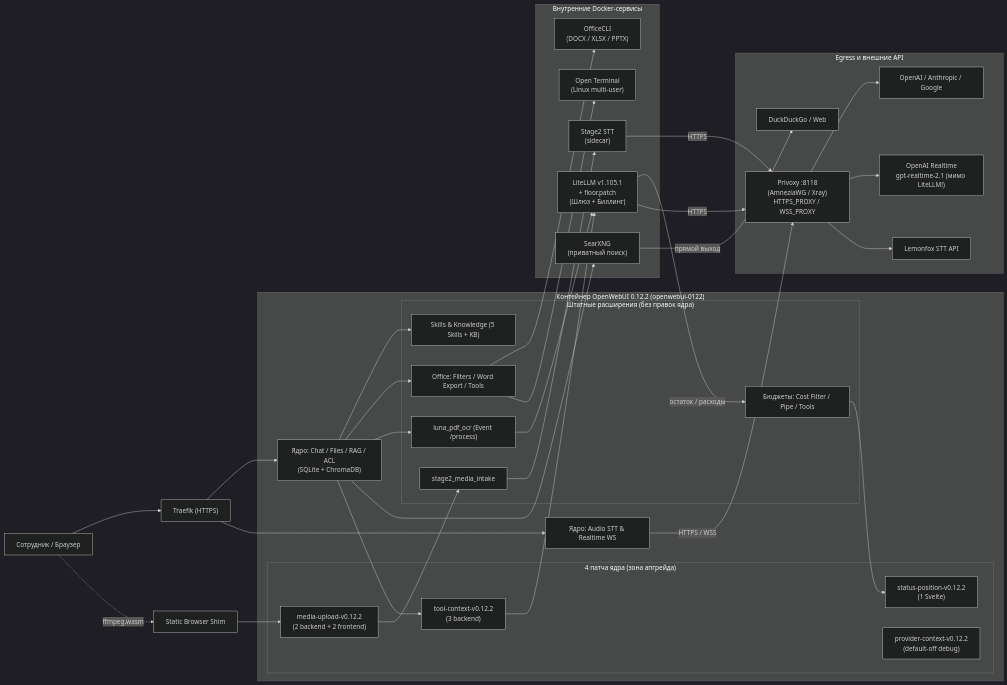
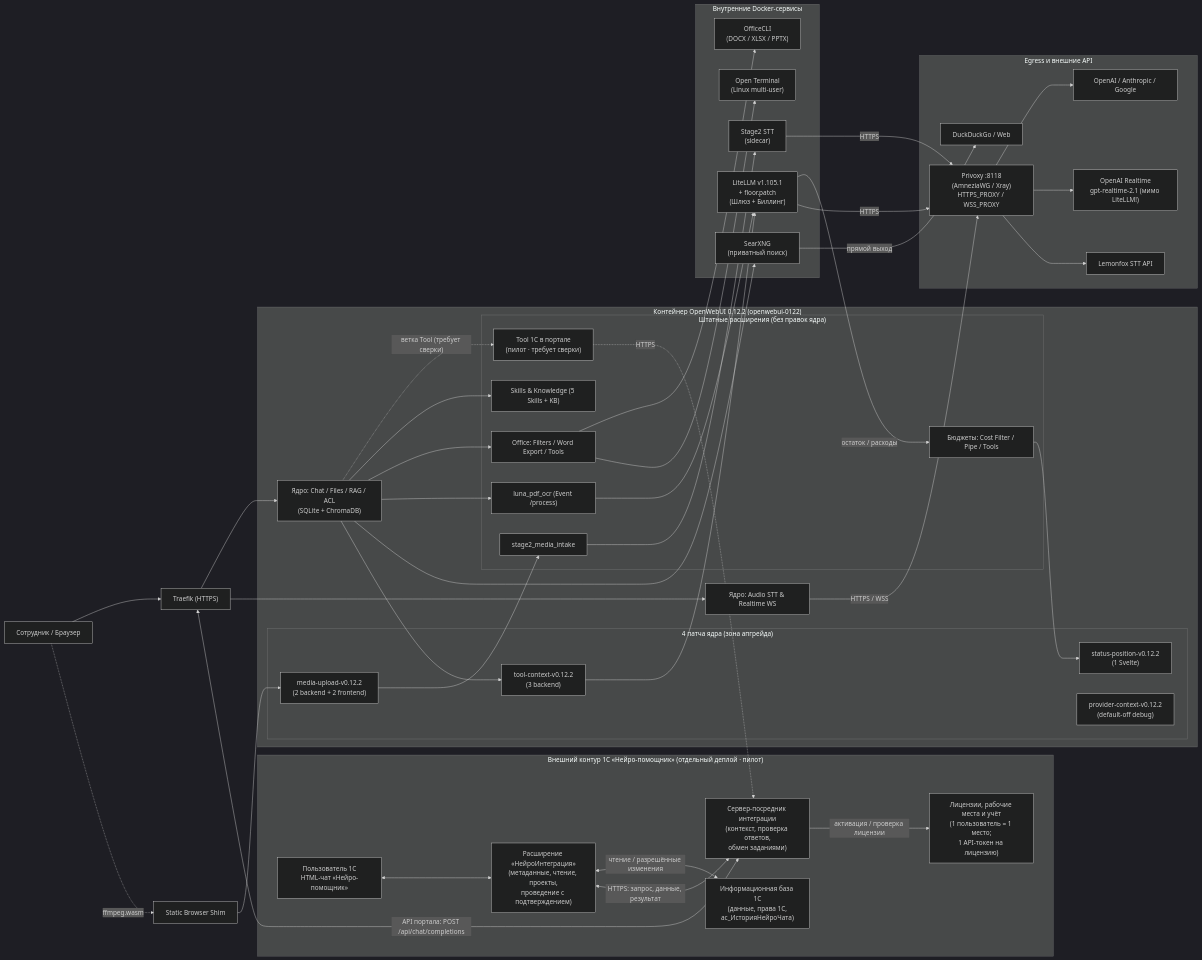
The diagram in docs/ARCHITECTURE_MAP.md (Kwentin3/corp-openweb-ui), drawn with Mermaid (dark theme) before and after one commit. The commit also changed other lines of this file and 2 other files, not shown here.

Commit message:
docs: add 1C Neuro-Assistant integration contour to architecture map (#621) (#622)

````diff
--- a/docs/ARCHITECTURE_MAP.md
+++ b/docs/ARCHITECTURE_MAP.md
@@ -11,58 +11,74 @@
 ```mermaid
 flowchart LR
   User["Сотрудник / Браузер"] --> Traefik["Traefik (HTTPS)"]
   User -.->|"ffmpeg.wasm"| Shim["Static Browser Shim"]
+
+  subgraph OneC["Внешний контур 1С «Нейро-помощник» (отдельный деплой · пилот)"]
+    OneCChat["Пользователь 1С\nHTML-чат «Нейро-помощник»"]
+    OneCExt["Расширение «НейроИнтеграция»\n(метаданные, чтение, проекты,\nпроведение с подтверждением)"]
+    OneCDB["Информационная база 1С\n(данные, права 1С,\nас_ИсторияНейроЧата)"]
+    OneCBroker["Сервер-посредник интеграции\n(контекст, проверка ответов,\nобмен заданиями)"]
+    OneCLic["Лицензии, рабочие места и учёт\n(1 пользователь = 1 место;\n1 API-токен на лицензию)"]
+  end
 
   subgraph OWUI["Контейнер OpenWebUI 0.12.2 (openwebui-0122)"]
     Core["Ядро: Chat / Files / RAG / ACL\n(SQLite + ChromaDB)"]
     Audio["Ядро: Audio STT & Realtime WS"]
 
     subgraph Patches["4 патча ядра (зона апгрейда)"]
       P1["tool-context-v0.12.2\n(3 backend)"]
       P2["media-upload-v0.12.2\n(2 backend + 2 frontend)"]
       P3["status-position-v0.12.2\n(1 Svelte)"]
       P4["provider-context-v0.12.2\n(default-off debug)"]
     end
 
     subgraph Ext["Штатные расширения (без правок ядра)"]
       EBud["Бюджеты: Cost Filter / Pipe / Tools"]
       EOff["Office: Filters / Word Export / Tools"]
       EOCR["luna_pdf_ocr (Event /process)"]
       EMed["stage2_media_intake"]
       ESkl["Skills & Knowledge (5 Skills + KB)"]
+      E1CTool["Tool 1С в портале\n(пилот · требует сверки)"]
     end
   end
 
   subgraph Services["Внутренние Docker-сервисы"]
     LiteLLM["LiteLLM v1.105.1\n+ floor.patch\n(Шлюз + Биллинг)"]
     OfficeCLI["OfficeCLI\n(DOCX / XLSX / PPTX)"]
     Terminal["Open Terminal\n(Linux multi-user)"]
     STT["Stage2 STT\n(sidecar)"]
     SearXNG["SearXNG\n(приватный поиск)"]
   end
 
   subgraph External["Egress и внешние API"]
     Proxy["Privoxy :8118\n(AmneziaWG / Xray)\nHTTPS_PROXY / WSS_PROXY"]
     LLM["OpenAI / Anthropic / Google"]
     RT["OpenAI Realtime\ngpt-realtime-2.1 (мимо LiteLLM!)"]
     LF["Lemonfox STT API"]
     Web["DuckDuckGo / Web"]
   end
 
+  OneCChat <--> OneCExt
+  OneCExt <-->|"чтение / разрешённые изменения"| OneCDB
+  OneCExt <-->|"HTTPS: запрос, данные, результат"| OneCBroker
+  OneCBroker -->|"активация / проверка лицензии"| OneCLic
+  OneCBroker <-->|"API портала: POST /api/chat/completions"| Traefik
+  Core -.->|"ветка Tool (требует сверки)"| E1CTool -.->|"HTTPS"| OneCBroker
+
   Traefik --> Core
   Traefik --> Audio
   Shim --> P2
   Core --> P1 --> LiteLLM
   LiteLLM -->|"остаток / расходы"| EBud --> P3
   Core --> ESkl
   Core --> EOff --> OfficeCLI
   EOff --> Terminal
   Core --> EOCR --> LiteLLM
   P2 --> EMed --> STT -->|"HTTPS"| Proxy
   Audio -->|"HTTPS / WSS"| Proxy
   LiteLLM -->|"HTTPS"| Proxy
   Proxy --> LLM
   Proxy --> RT
   Proxy --> LF
   Core --> SearXNG -->|"прямой выход"| Web
 ```
````
